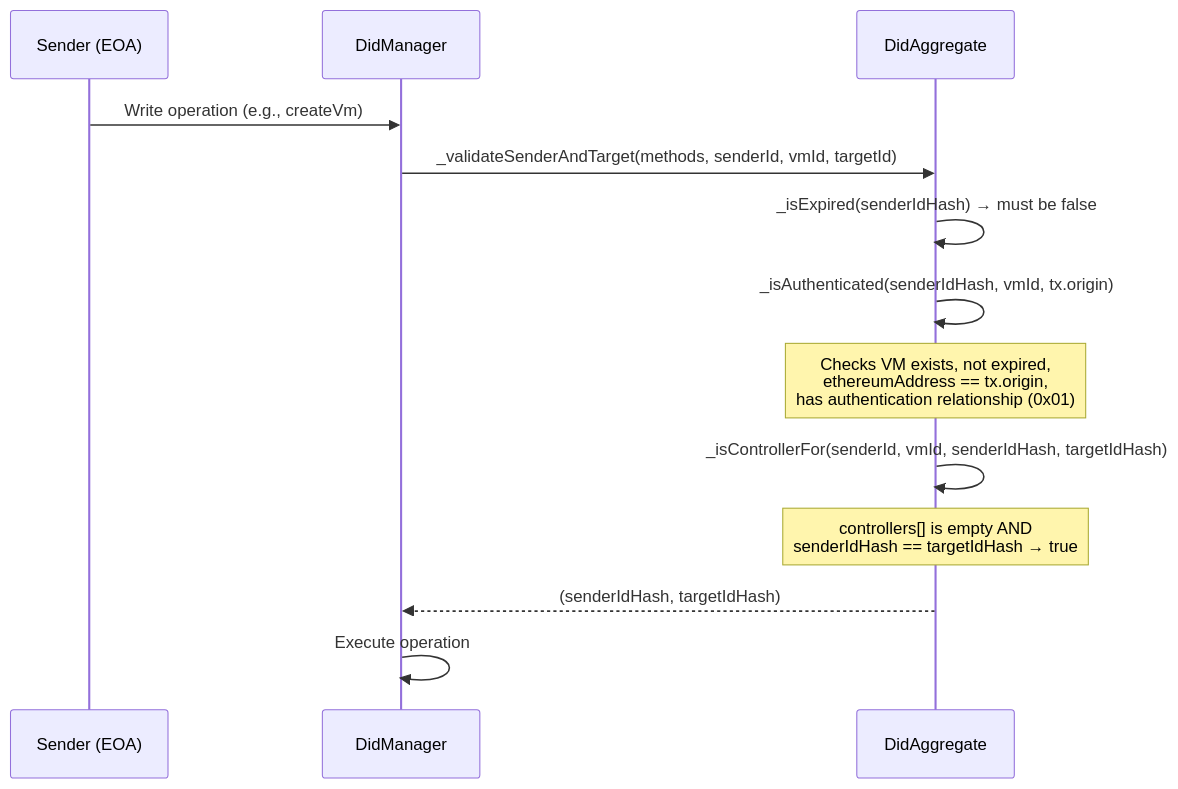
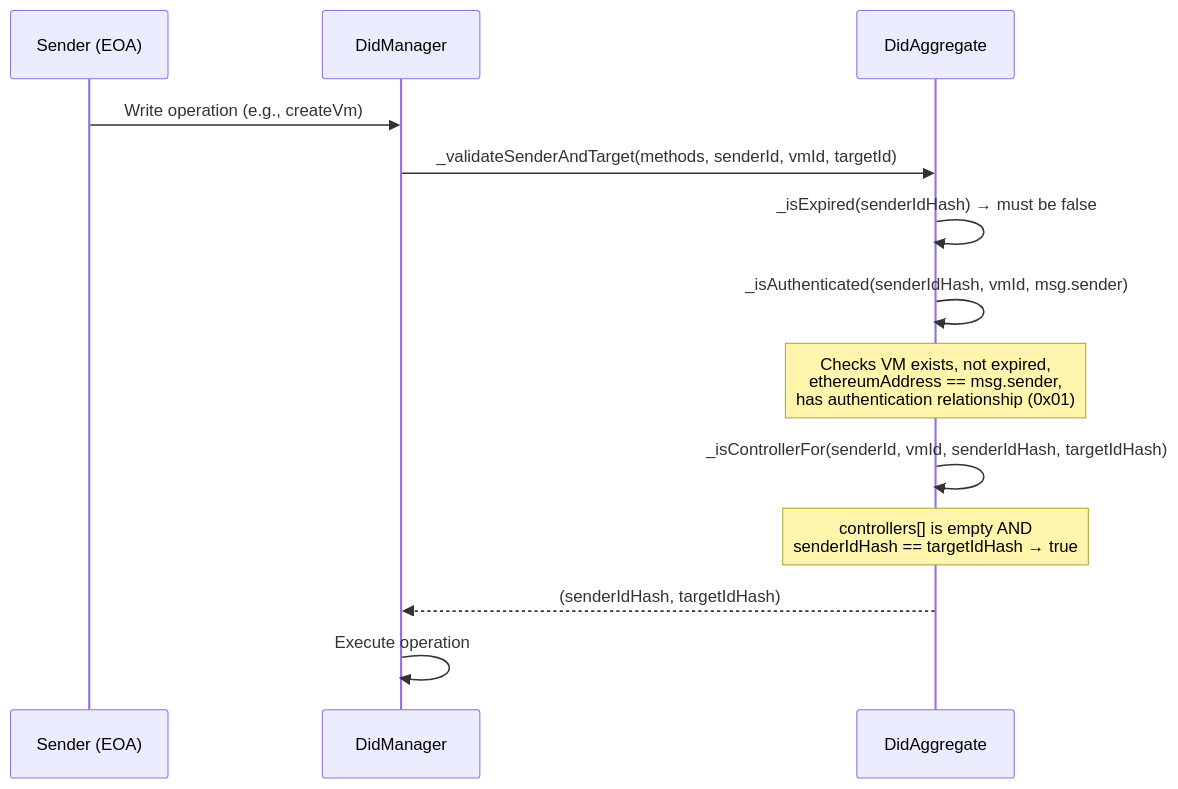
Before and after one commit to MiguelLZPF/SSIoBC-did: the first of 7 diagrams in docs/analysis/did-lifecycle-flows.md, drawn with Mermaid. The commit also changed other lines of this file and 25 other files, not shown here.

First line of the commit message:
feat!: msg.sender auth, ERC-1271 signers, conformant DID strings

````diff
--- a/docs/analysis/did-lifecycle-flows.md
+++ b/docs/analysis/did-lifecycle-flows.md
@@ -64,16 +66,16 @@
 ```mermaid
 sequenceDiagram
     participant Sender as Sender (EOA)
     participant DM as DidManager
     participant DA as DidAggregate
 
     Sender->>DM: Write operation (e.g., createVm)
     DM->>DA: _validateSenderAndTarget(methods, senderId, vmId, targetId)
     DA->>DA: _isExpired(senderIdHash) → must be false
-    DA->>DA: _isAuthenticated(senderIdHash, vmId, tx.origin)
-    Note over DA: Checks VM exists, not expired,<br/>ethereumAddress == tx.origin,<br/>has authentication relationship (0x01)
+    DA->>DA: _isAuthenticated(senderIdHash, vmId, msg.sender)
+    Note over DA: Checks VM exists, not expired,<br/>ethereumAddress == msg.sender,<br/>has authentication relationship (0x01)
     DA->>DA: _isControllerFor(senderId, vmId, senderIdHash, targetIdHash)
     Note over DA: controllers[] is empty AND<br/>senderIdHash == targetIdHash → true
     DA-->>DM: (senderIdHash, targetIdHash)
     DM->>DM: Execute operation
 ```
````
